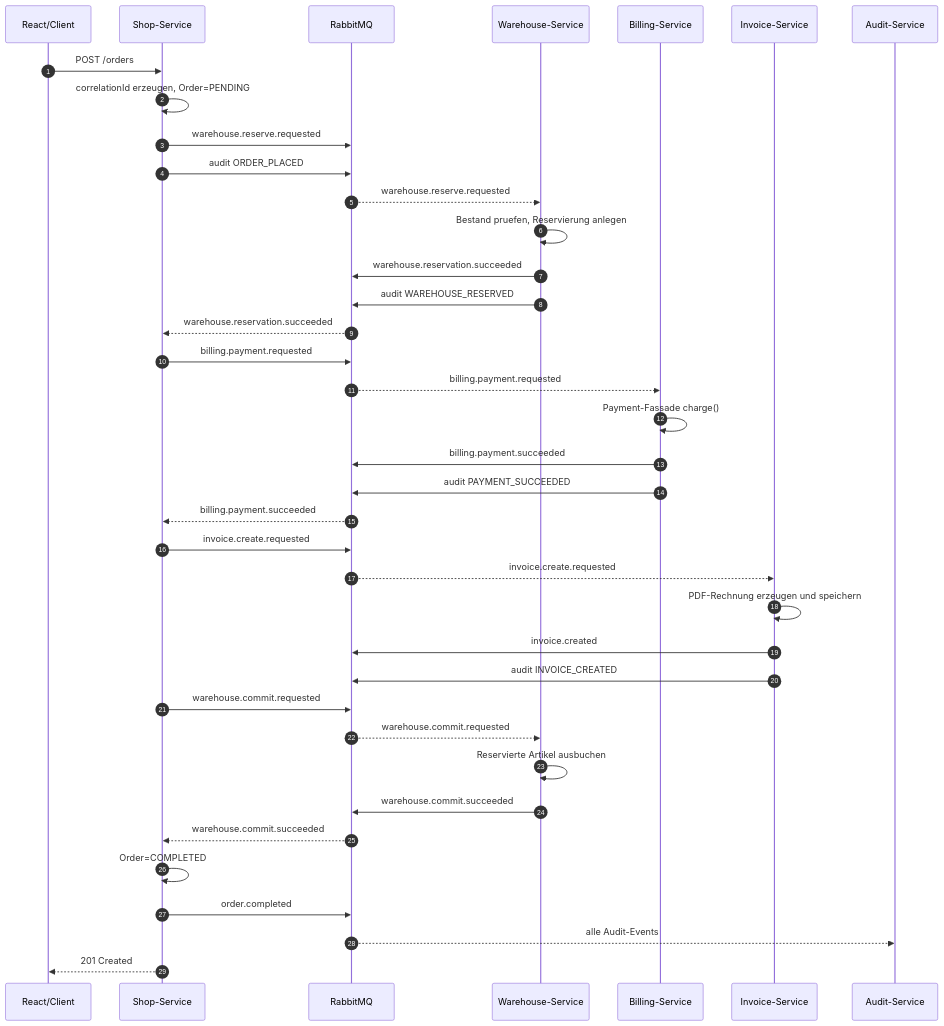
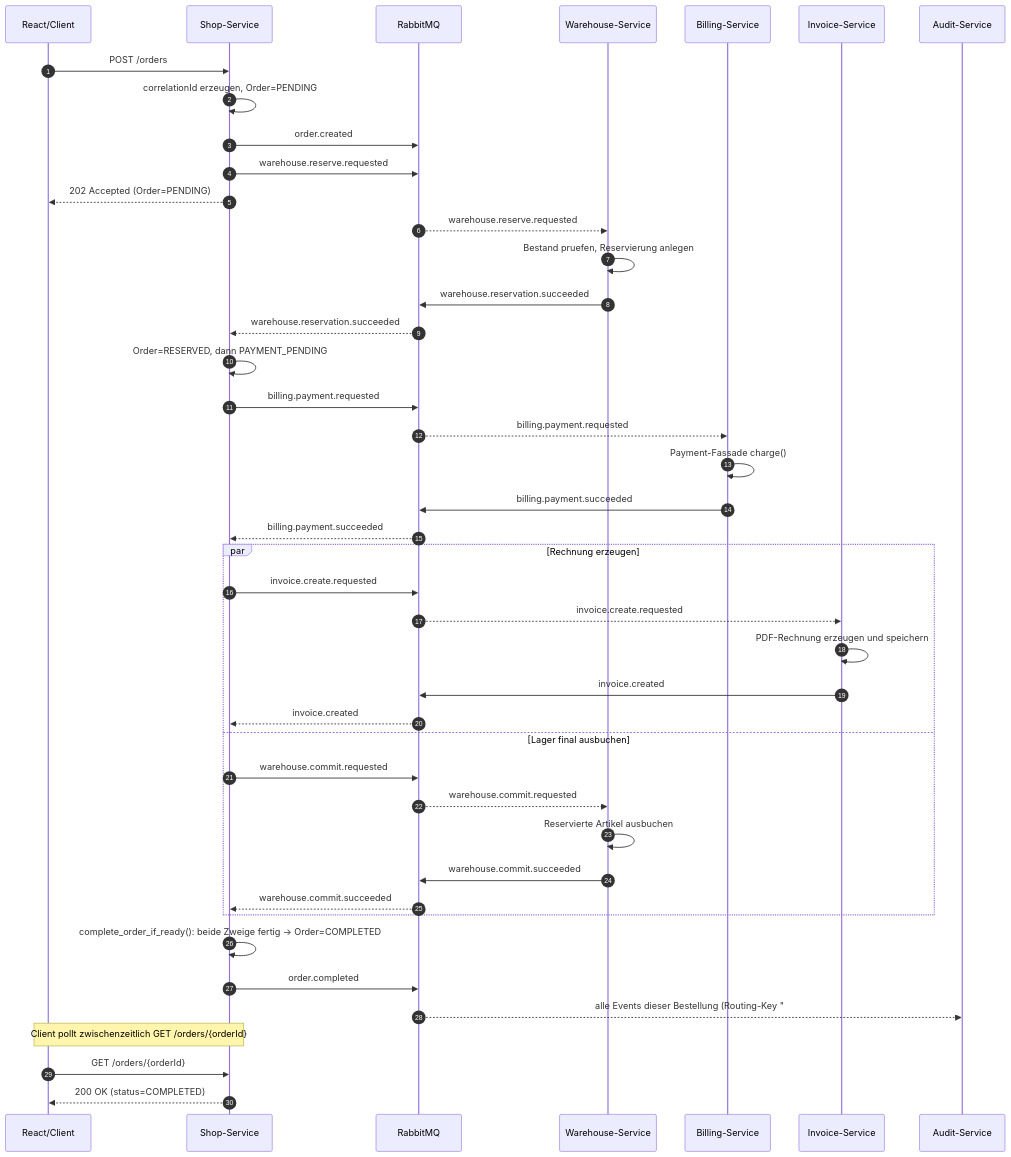
Before and after one commit to chips199/webshop-vse: the third of 7 diagrams in docs/architecture.md, drawn with Mermaid. The commit also changed other lines of this file and 6 other files, not shown here.

Commit message:
Diagramme überarbeitet

````diff
--- a/docs/architecture.md
+++ b/docs/architecture.md
@@ -127,41 +137,49 @@
 ```mermaid
 sequenceDiagram
     autonumber
     participant Client as React/Client
     participant Shop as Shop-Service
     participant MQ as RabbitMQ
     participant Warehouse as Warehouse-Service
     participant Billing as Billing-Service
     participant Invoice as Invoice-Service
     participant Audit as Audit-Service
 
     Client->>Shop: POST /orders
     Shop->>Shop: correlationId erzeugen, Order=PENDING
+    Shop->>MQ: order.created
     Shop->>MQ: warehouse.reserve.requested
-    Shop->>MQ: audit ORDER_PLACED
+    Shop-->>Client: 202 Accepted (Order=PENDING)
     MQ-->>Warehouse: warehouse.reserve.requested
     Warehouse->>Warehouse: Bestand pruefen, Reservierung anlegen
     Warehouse->>MQ: warehouse.reservation.succeeded
-    Warehouse->>MQ: audit WAREHOUSE_RESERVED
     MQ-->>Shop: warehouse.reservation.succeeded
+    Shop->>Shop: Order=RESERVED, dann PAYMENT_PENDING
     Shop->>MQ: billing.payment.requested
     MQ-->>Billing: billing.payment.requested
     Billing->>Billing: Payment-Fassade charge()
     Billing->>MQ: billing.payment.succeeded
-    Billing->>MQ: audit PAYMENT_SUCCEEDED
     MQ-->>Shop: billing.payment.succeeded
-    Shop->>MQ: invoice.create.requested
-    MQ-->>Invoice: invoice.create.requested
-    Invoice->>Invoice: PDF-Rechnung erzeugen und speichern
-    Invoice->>MQ: invoice.created
-    Invoice->>MQ: audit INVOICE_CREATED
-    Shop->>MQ: warehouse.commit.requested
-    MQ-->>Warehouse: warehouse.commit.requested
-    Warehouse->>Warehouse: Reservierte Artikel ausbuchen
-    Warehouse->>MQ: warehouse.commit.succeeded
-    MQ-->>Shop: warehouse.commit.succeeded
-    Shop->>Shop: Order=COMPLETED
+
+    par Rechnung erzeugen
+        Shop->>MQ: invoice.create.requested
+        MQ-->>Invoice: invoice.create.requested
+        Invoice->>Invoice: PDF-Rechnung erzeugen und speichern
+        Invoice->>MQ: invoice.created
+        MQ-->>Shop: invoice.created
+    and Lager final ausbuchen
+        Shop->>MQ: warehouse.commit.requested
+        MQ-->>Warehouse: warehouse.commit.requested
+        Warehouse->>Warehouse: Reservierte Artikel ausbuchen
+        Warehouse->>MQ: warehouse.commit.succeeded
+        MQ-->>Shop: warehouse.commit.succeeded
+    end
+
+    Shop->>Shop: complete_order_if_ready(): beide Zweige fertig -> Order=COMPLETED
     Shop->>MQ: order.completed
-    MQ-->>Audit: alle Audit-Events
-    Shop-->>Client: 201 Created
+    MQ-->>Audit: alle Events dieser Bestellung (Routing-Key "#")
+
+    Note over Client,Shop: Client pollt zwischenzeitlich GET /orders/{orderId}
+    Client->>Shop: GET /orders/{orderId}
+    Shop-->>Client: 200 OK (status=COMPLETED)
 ```
````
